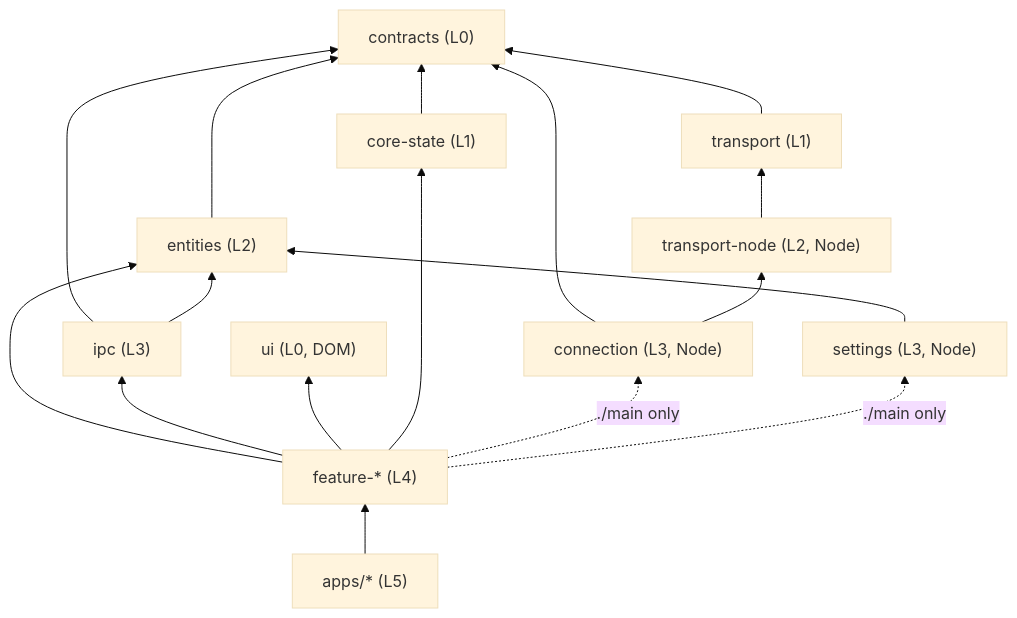
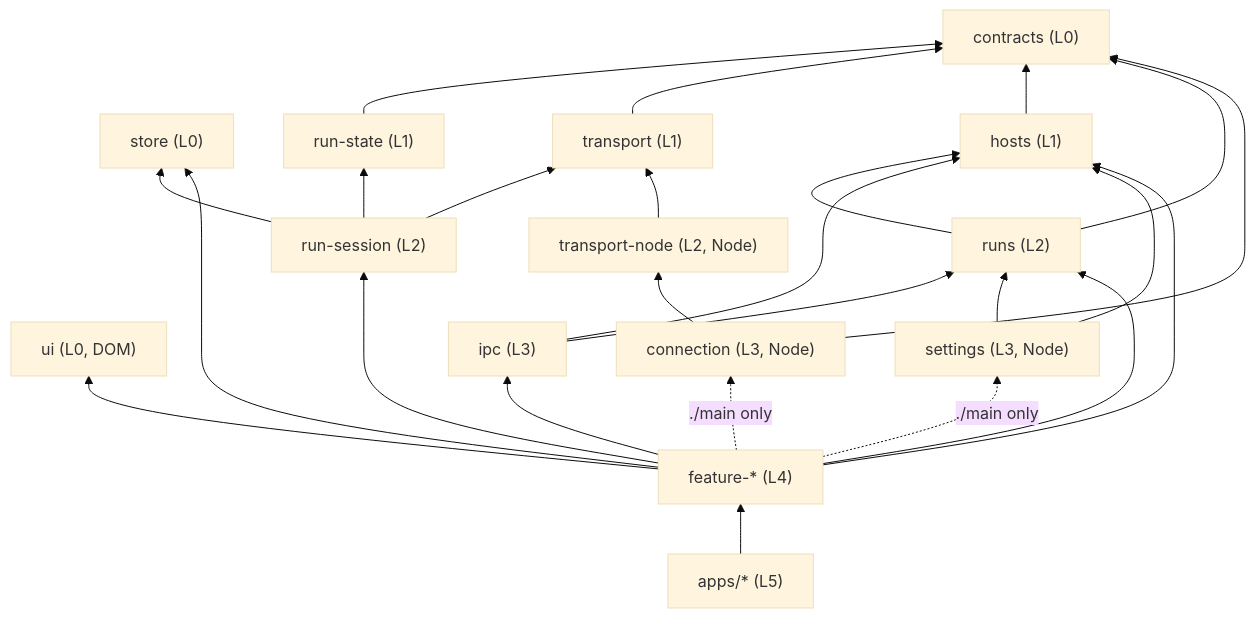
Before and after one commit to 6Mikao9/vibesys: the diagram in docs/contributing/clients-architecture.md, drawn with Mermaid (base theme). The commit also changed other lines of this file and 321 other files, not shown here.

First line of the commit message:
refactor(clients): split core-state and entities into store, run-state, runs, hosts, run-session (#1951)

````diff
--- a/docs/contributing/clients-architecture.md
+++ b/docs/contributing/clients-architecture.md
@@ -57,15 +64,18 @@
 ```mermaid
 flowchart BT
   contracts["contracts (L0)"]
   ui["ui (L0, DOM)"]
-  core-state["core-state (L1)"] --> contracts
+  store["store (L0)"]
+  run-state["run-state (L1)"] --> contracts
   transport["transport (L1)"] --> contracts
-  entities["entities (L2)"] --> contracts
+  hosts["hosts (L1)"] --> contracts
+  runs["runs (L2)"] --> contracts & hosts
+  run-session["run-session (L2)"] --> run-state & transport & store
   transport-node["transport-node (L2, Node)"] --> transport
-  ipc["ipc (L3)"] --> contracts & entities
+  ipc["ipc (L3)"] --> hosts & runs
   connection["connection (L3, Node)"] --> contracts & transport-node
-  settings["settings (L3, Node)"] --> entities
-  features["feature-* (L4)"] --> entities & ipc & ui & core-state
+  settings["settings (L3, Node)"] --> hosts & runs
+  features["feature-* (L4)"] --> run-session & runs & hosts & ipc & ui & store
   features -. "./main only" .-> connection & settings
   apps["apps/* (L5)"] --> features
 ```
````
